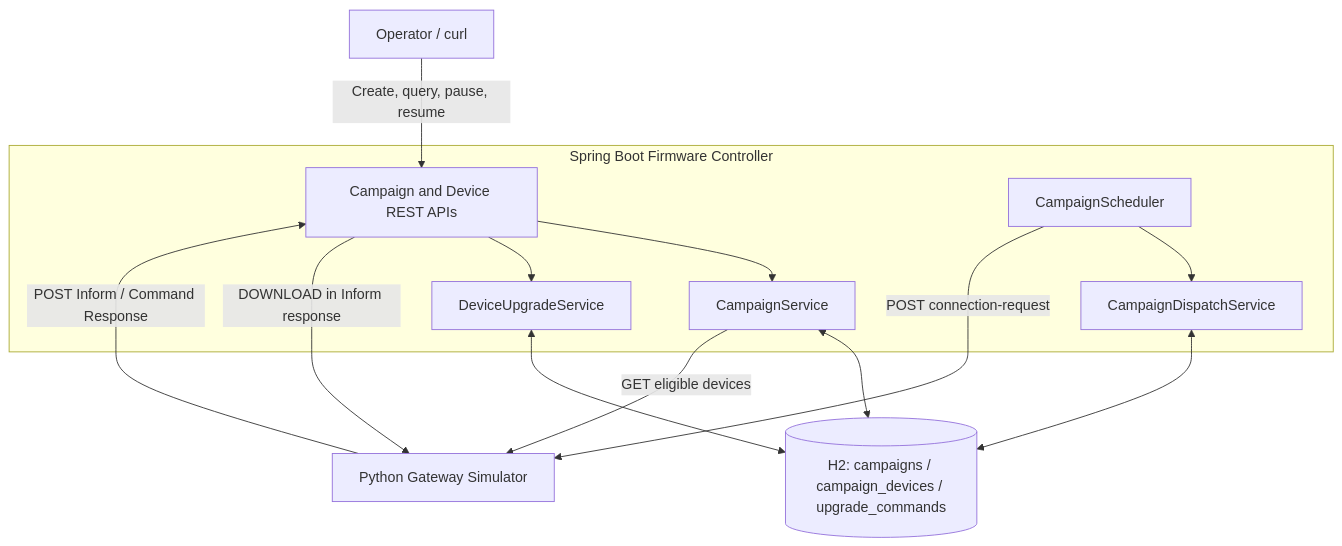
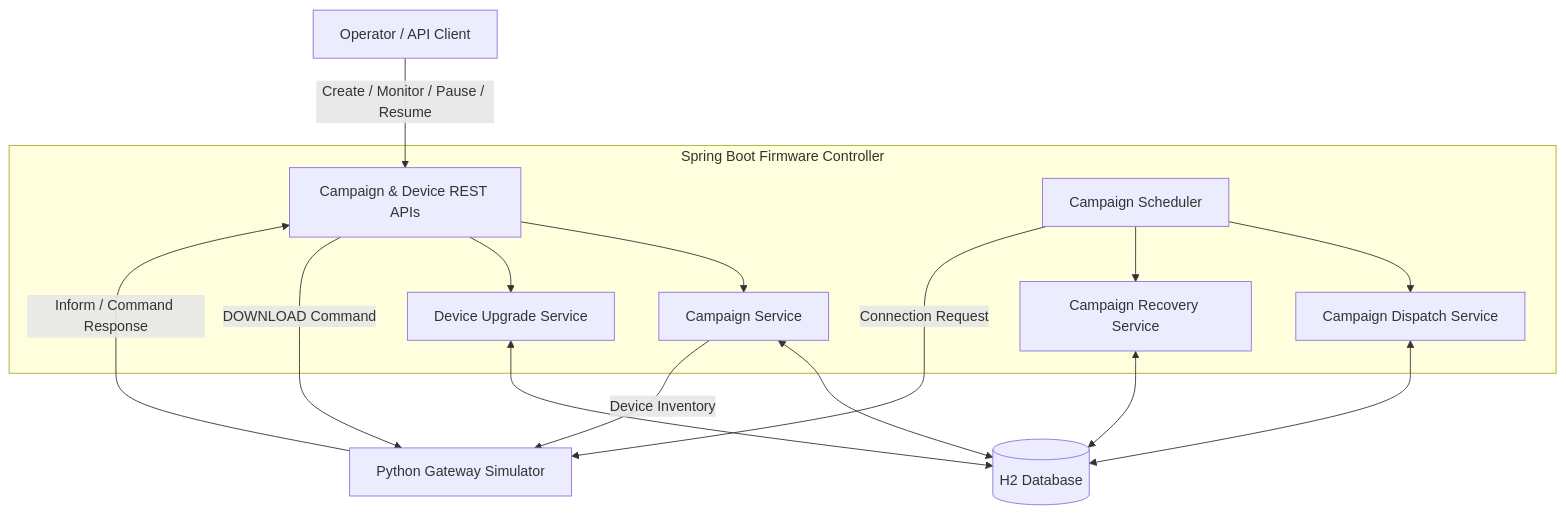
The first of 3 diagrams in README.md (suneelagrawal/device-simulator), drawn with Mermaid before and after one commit. The commit also changed other lines of this file, not shown here.

````diff
--- a/README.md
+++ b/README.md
@@ -17,25 +24,33 @@
 ```mermaid
 flowchart TB
-    OP[Operator / curl]
-    subgraph CTRL[Spring Boot Firmware Controller]
-        API[Campaign and Device REST APIs]
-        CS[CampaignService]
-        DS[CampaignDispatchService]
-        SCH[CampaignScheduler]
-        US[DeviceUpgradeService]
+    OP["Operator / API Client"]
+
+    subgraph CTRL["Spring Boot Firmware Controller"]
+        API["Campaign & Device REST APIs"]
+        CS["Campaign Service"]
+        SCH["Campaign Scheduler"]
+        DS["Campaign Dispatch Service"]
+        RS["Campaign Recovery Service"]
+        US["Device Upgrade Service"]
+
         API --> CS
         API --> US
         SCH --> DS
+        SCH --> RS
     end
-    DB[(H2: campaigns / campaign_devices / upgrade_commands)]
-    SIM[Python Gateway Simulator]
 
-    OP -->|Create, query, pause, resume| API
+    DB[("H2 Database")]
+    SIM["Python Gateway Simulator"]
+
+    OP -->|"Create / Monitor / Pause / Resume"| API
+
     CS <--> DB
     DS <--> DB
+    RS <--> DB
     US <--> DB
-    SCH -->|POST connection-request| SIM
-    CS -->|GET eligible devices| SIM
-    SIM -->|POST Inform / Command Response| API
-    API -->|DOWNLOAD in Inform response| SIM
+
+    CS -->|"Device Inventory"| SIM
+    SCH -->|"Connection Request"| SIM
+    SIM -->|"Inform / Command Response"| API
+    API -->|"DOWNLOAD Command"| SIM
 ```
````
